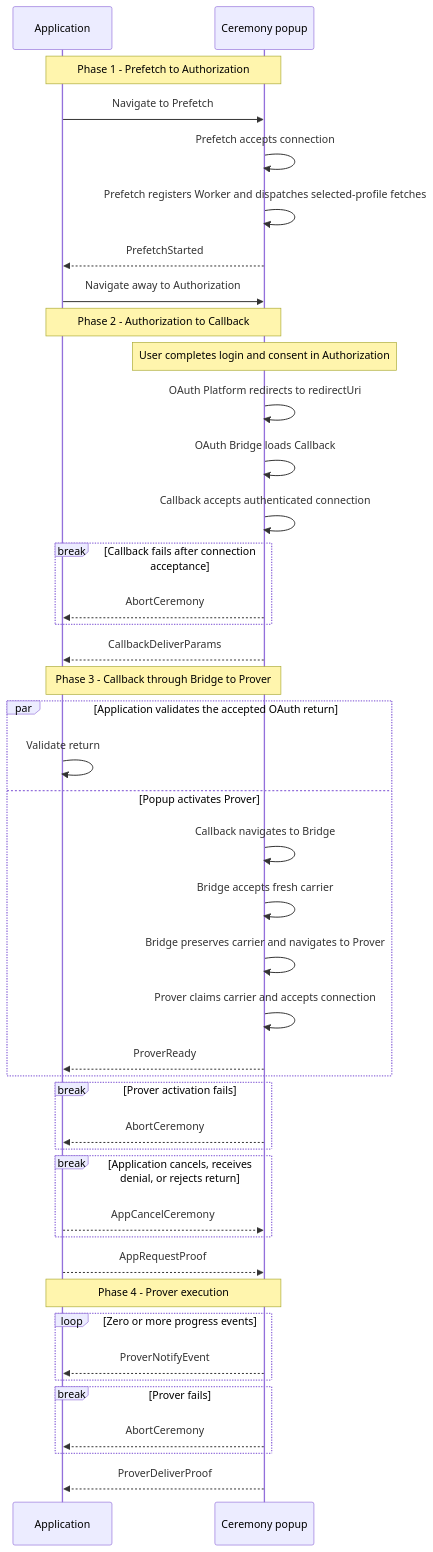
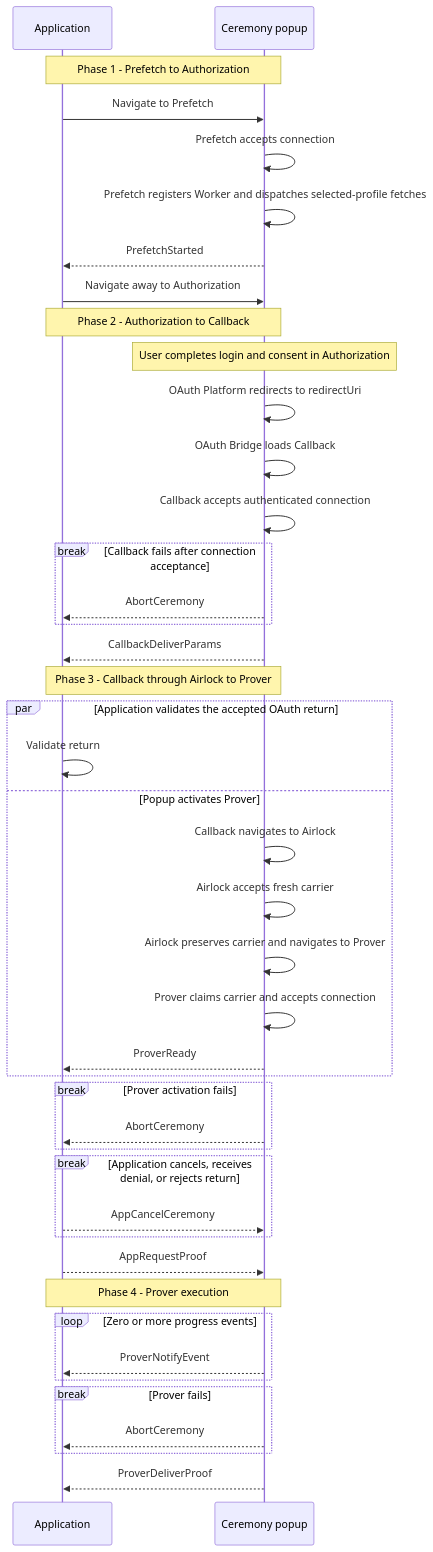
The diagram in ts/packages/ceremony/CCDP.md (libid-org/libid), drawn with Mermaid before and after one commit. The commit also changed other lines of this file and 5 other files, not shown here.

Commit message:
docs(ccdp): rename bridge to airlock

````diff
--- a/ts/packages/ceremony/CCDP.md
+++ b/ts/packages/ceremony/CCDP.md
@@ -478,49 +487,49 @@
 ```mermaid
 sequenceDiagram
     participant A as Application
     participant P as Ceremony popup
 
     Note over A,P: Phase 1 - Prefetch to Authorization
     A->>P: Navigate to Prefetch
     P->>P: Prefetch accepts connection
     P->>P: Prefetch registers Worker and dispatches selected-profile fetches
     P-->>A: PrefetchStarted
     A->>P: Navigate away to Authorization
 
     Note over A,P: Phase 2 - Authorization to Callback
     Note over P: User completes login and consent in Authorization
     P->>P: OAuth Platform redirects to redirectUri
     P->>P: OAuth Bridge loads Callback
     P->>P: Callback accepts authenticated connection
     break Callback fails after connection acceptance
         P-->>A: AbortCeremony
     end
     P-->>A: CallbackDeliverParams
 
-    Note over A,P: Phase 3 - Callback through Bridge to Prover
+    Note over A,P: Phase 3 - Callback through Airlock to Prover
     par Application validates the accepted OAuth return
         A->>A: Validate return
     and Popup activates Prover
-        P->>P: Callback navigates to Bridge
-        P->>P: Bridge accepts fresh carrier
-        P->>P: Bridge preserves carrier and navigates to Prover
+        P->>P: Callback navigates to Airlock
+        P->>P: Airlock accepts fresh carrier
+        P->>P: Airlock preserves carrier and navigates to Prover
         P->>P: Prover claims carrier and accepts connection
         P-->>A: ProverReady
     end
     break Prover activation fails
         P-->>A: AbortCeremony
     end
     break Application cancels, receives denial, or rejects return
         A-->>P: AppCancelCeremony
     end
     A-->>P: AppRequestProof
 
     Note over A,P: Phase 4 - Prover execution
     loop Zero or more progress events
         P-->>A: ProverNotifyEvent
     end
     break Prover fails
         P-->>A: AbortCeremony
     end
     P-->>A: ProverDeliverProof
 ```
````
